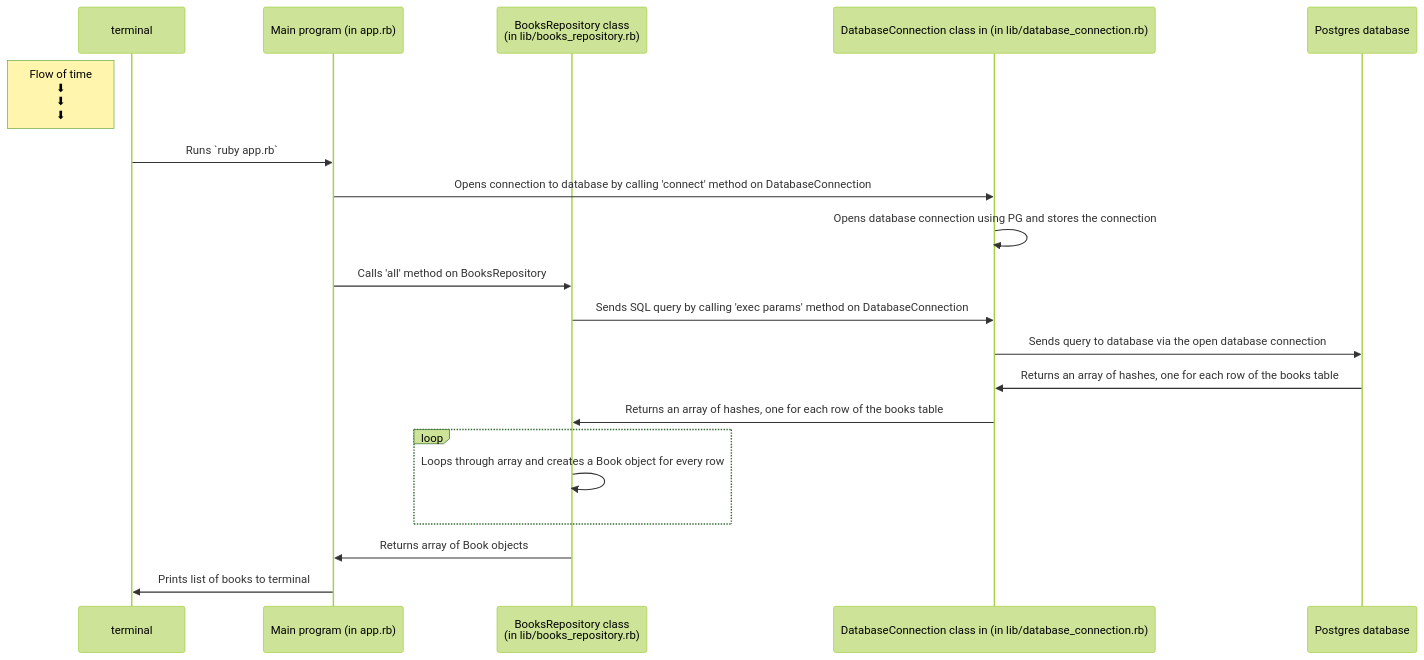
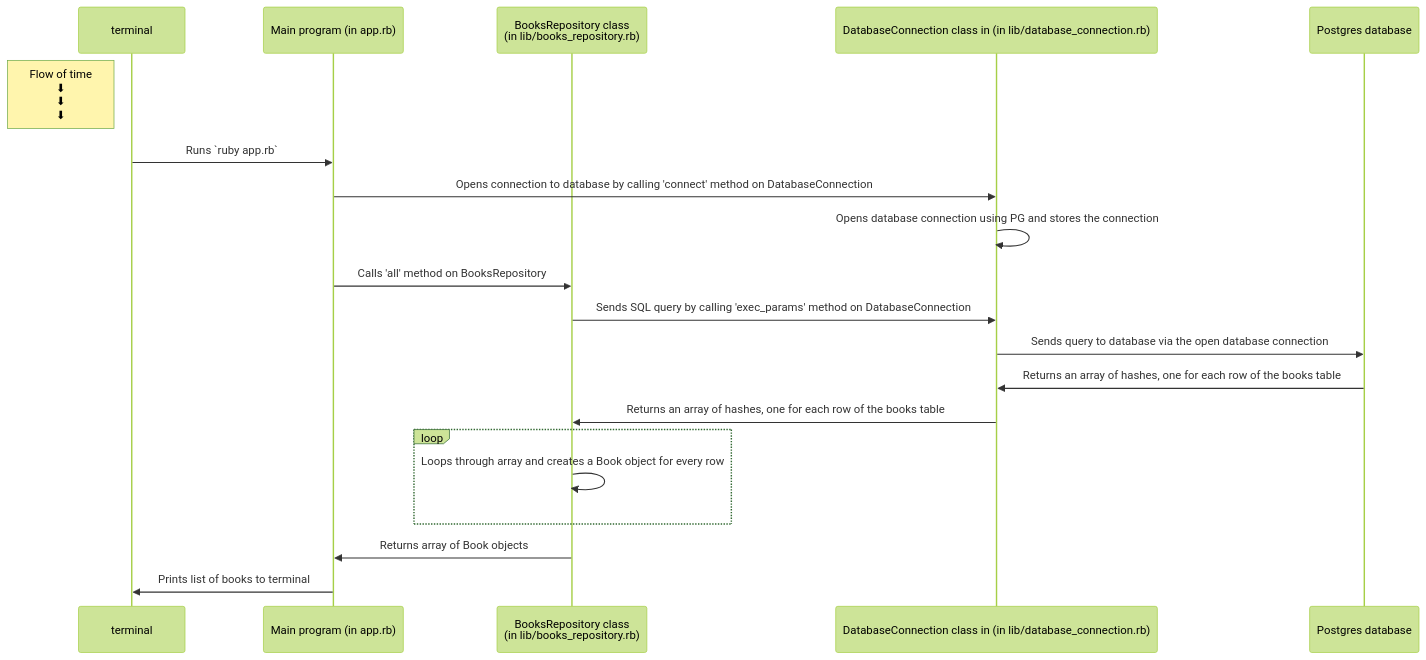
Before and after one commit to oanapintoiu/Project-PSQL: the diagram in diagrams/challege.md, drawn with Mermaid (forest theme).

Commit message:
step 3 challenge complete

````diff
--- a/diagrams/challege.md
+++ b/diagrams/challege.md
@@ -15,26 +15,26 @@
 ```mermaid
 sequenceDiagram
     participant t as terminal
     participant app as Main program (in app.rb)
     participant ar as BooksRepository class <br /> (in lib/books_repository.rb)
     participant db_conn as DatabaseConnection class in (in lib/database_connection.rb)
     participant db as Postgres database
 
     Note left of t: Flow of time <br />⬇ <br /> ⬇ <br /> ⬇ 
 
     t->>app: Runs `ruby app.rb`
     app->>db_conn: Opens connection to database by calling 'connect' method on DatabaseConnection
     db_conn->>db_conn: Opens database connection using PG and stores the connection
     app->>ar: Calls 'all' method on BooksRepository
-    ar->>db_conn: Sends SQL query by calling 'exec params' method on DatabaseConnection
+    ar->>db_conn: Sends SQL query by calling 'exec_params' method on DatabaseConnection
     db_conn->>db: Sends query to database via the open database connection
     db->>db_conn: Returns an array of hashes, one for each row of the books table
 
     db_conn->>ar: Returns an array of hashes, one for each row of the books table
     loop 
         ar->>ar: Loops through array and creates a Book object for every row
     end
     ar->>app: Returns array of Book objects
     app->>t: Prints list of books to terminal
 
 ```
````
